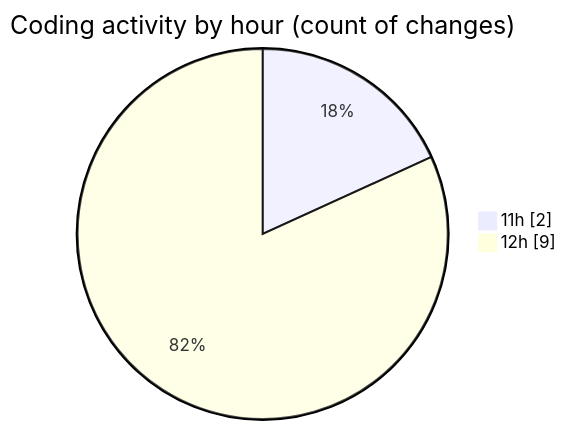
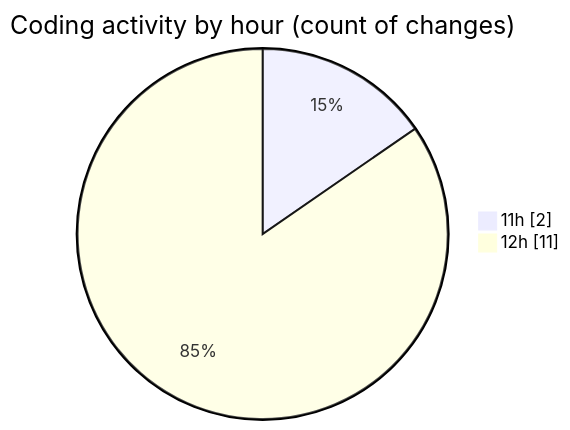
One commit to momahboobian/code-tracking changed the second of 2 diagrams in 2025-04-04/cda/README.md. Above: the diagram before and after it, drawn with Mermaid. The commit also changed other lines of this file and 1 other file, not shown here.

````diff
--- a/2025-04-04/cda/README.md
+++ b/2025-04-04/cda/README.md
@@ -31,6 +31,6 @@
 ```mermaid
 pie showData
 title Coding activity by hour (count of changes)
 "11h" : 2
-"12h" : 9
+"12h" : 11
 ```
````
